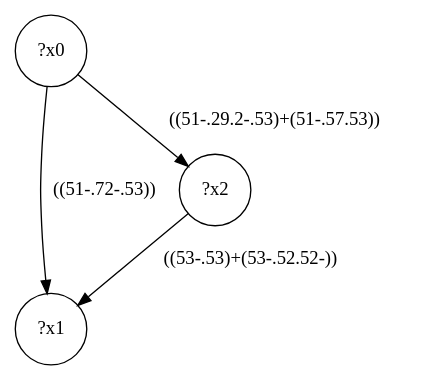
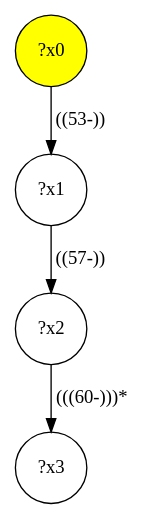
Before and after one commit to MathieuGicquel/federated-benchmark: the diagram in lib/gmark/demo/shop/shop-interface/query-2.dot, drawn with Graphviz. The commit also changed 361 other files, not shown here.

```diff
--- a/lib/gmark/demo/shop/shop-interface/query-2.dot
+++ b/lib/gmark/demo/shop/shop-interface/query-2.dot
@@ -1,8 +1,9 @@
 digraph g {
-	x0 [shape=circle, label="?x0"];
+	x0 [fillcolor="yellow", style="filled," shape=circle, label="?x0"];
 	x1 [shape=circle, label="?x1"];
-	x0 -> x1 [label="((51-.72-.53))"];
+	x0 -> x1 [label="((53-))"];
 	x2 [shape=circle, label="?x2"];
-	x0 -> x2 [label="((51-.29.2-.53)+(51-.57.53))"];
-	x2 -> x1 [label="((53-.53)+(53-.52.52-))"];
+	x1 -> x2 [label="((57-))"];
+	x3 [shape=circle, label="?x3"];
+	x2 -> x3 [label="(((60-)))*"];
 }
```
